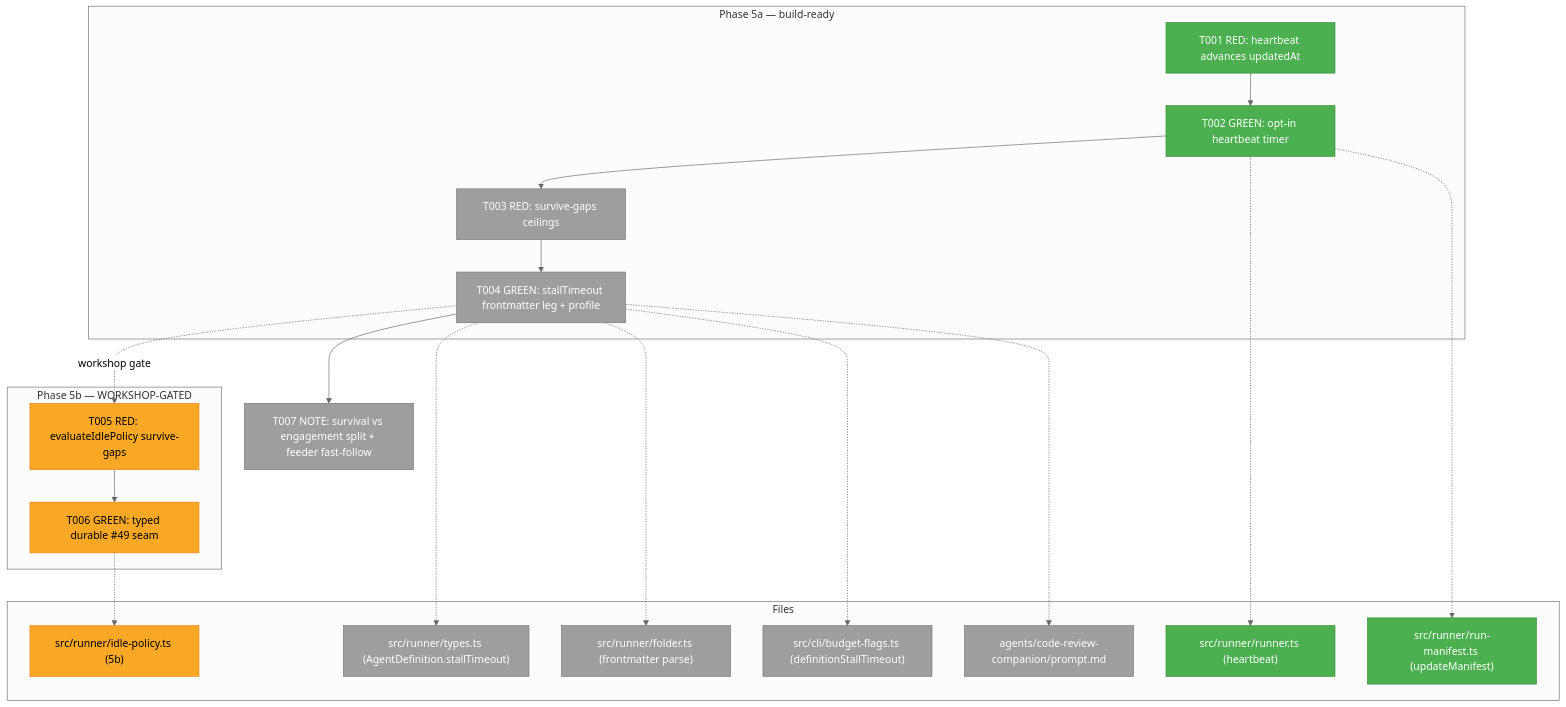
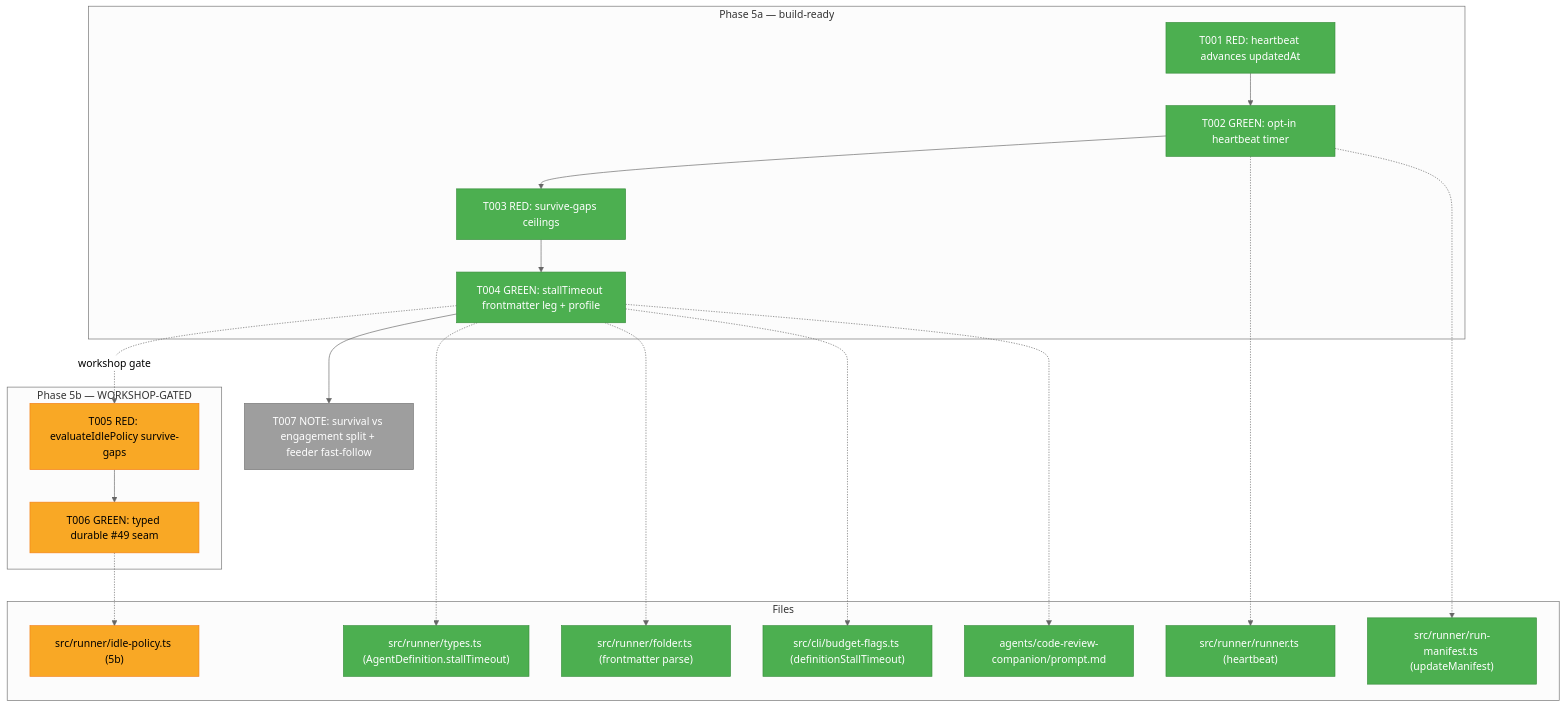
One commit to AI-Substrate/minih changed the first of 3 diagrams in docs/plans/028-companion-mode-reliability/tasks/phase-5-companion-longevity-human-gaps/tasks.md. Above: the diagram before and after it, drawn with Mermaid (neutral theme). The commit also changed other lines of this file and 8 other files, not shown here.

First line of the commit message:
feat(runner,cli): stallTimeout frontmatter->config leg + survive-gaps profile (plan 028 T003/T004)

````diff
--- a/docs/plans/028-companion-mode-reliability/tasks/phase-5-companion-longevity-human-gaps/tasks.md
+++ b/docs/plans/028-companion-mode-reliability/tasks/phase-5-companion-longevity-human-gaps/tasks.md
@@ -94,43 +94,43 @@
 ```mermaid
 flowchart TD
     classDef pending fill:#9E9E9E,stroke:#757575,color:#fff
     classDef gated fill:#F9A825,stroke:#F57F17,color:#000
     classDef completed fill:#4CAF50,stroke:#388E3C,color:#fff
 
     subgraph P5a["Phase 5a — build-ready"]
         T001["T001 RED: heartbeat advances updatedAt"]:::completed
         T002["T002 GREEN: opt-in heartbeat timer"]:::completed
-        T003["T003 RED: survive-gaps ceilings"]:::pending
-        T004["T004 GREEN: stallTimeout frontmatter leg + profile"]:::pending
+        T003["T003 RED: survive-gaps ceilings"]:::completed
+        T004["T004 GREEN: stallTimeout frontmatter leg + profile"]:::completed
         T001 --> T002 --> T003 --> T004
     end
 
     subgraph P5b["Phase 5b — WORKSHOP-GATED"]
         T005["T005 RED: evaluateIdlePolicy survive-gaps"]:::gated
         T006["T006 GREEN: typed durable #49 seam"]:::gated
         T005 --> T006
     end
 
     T007["T007 NOTE: survival vs engagement split + feeder fast-follow"]:::pending
 
     T004 -.workshop gate.-> T005
     T004 --> T007
 
     subgraph Files["Files"]
         F1["src/runner/runner.ts (heartbeat)"]:::completed
         F2["src/runner/run-manifest.ts (updateManifest)"]:::completed
-        F3["src/runner/types.ts (AgentDefinition.stallTimeout)"]:::pending
-        F4["src/runner/folder.ts (frontmatter parse)"]:::pending
-        F5["src/cli/budget-flags.ts (definitionStallTimeout)"]:::pending
-        F6["agents/code-review-companion/prompt.md"]:::pending
+        F3["src/runner/types.ts (AgentDefinition.stallTimeout)"]:::completed
+        F4["src/runner/folder.ts (frontmatter parse)"]:::completed
+        F5["src/cli/budget-flags.ts (definitionStallTimeout)"]:::completed
+        F6["agents/code-review-companion/prompt.md"]:::completed
         F7["src/runner/idle-policy.ts (5b)"]:::gated
     end
 
     T002 -.-> F1
     T002 -.-> F2
     T004 -.-> F3
     T004 -.-> F4
     T004 -.-> F5
     T004 -.-> F6
     T006 -.-> F7
 ```
````
